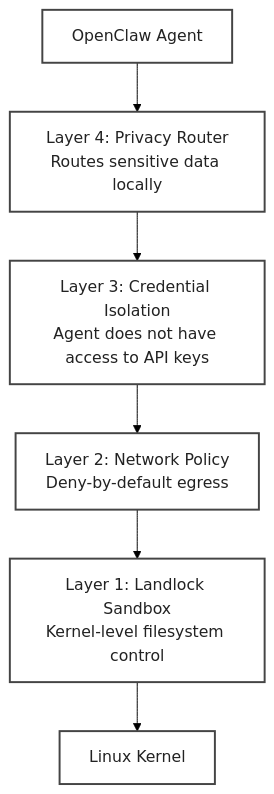
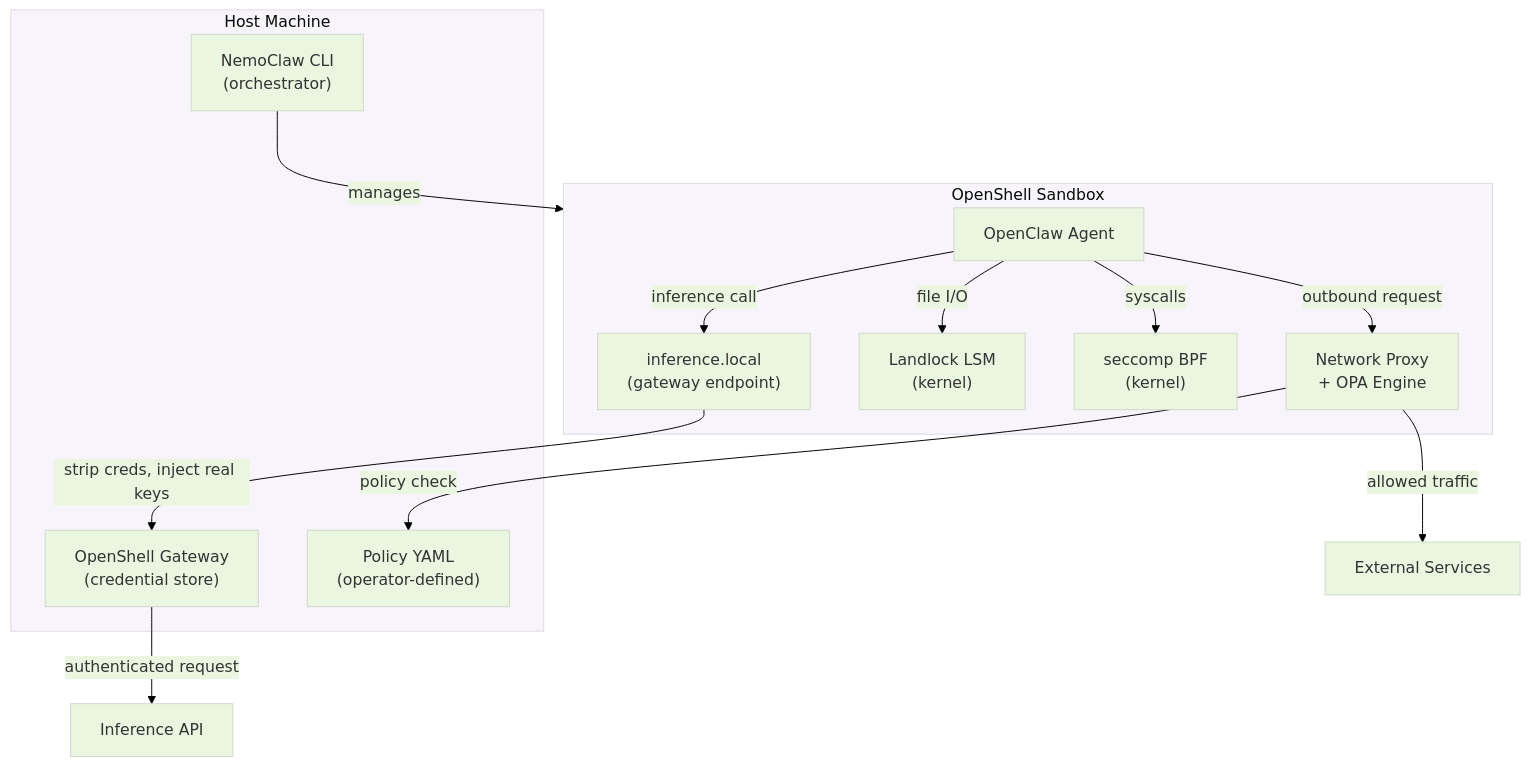
One commit to brevdev/workshop-build-an-agent changed the first of 2 diagrams in .devx/6-agent-safety/why_nemoclaw.md. Above: the diagram before and after it, drawn with Mermaid. The commit also changed other lines of this file and 6 other files, not shown here.

````diff
--- a/.devx/6-agent-safety/why_nemoclaw.md
+++ b/.devx/6-agent-safety/why_nemoclaw.md
@@ -43,18 +163,38 @@
 ```mermaid
 ---
 config:
   theme: 'base'
   themeVariables:
     primaryColor: '#eaf6e0'
     secondaryColor: '#eaf6e0'
     background: white
 ---
 graph TB
-    Agent["OpenClaw Agent"] --> L4["Layer 4: Privacy Router\nRoutes sensitive data locally"]
-    L4 --> L3["Layer 3: Credential Isolation\nAgent does not have access to API keys"]
-    L3 --> L2["Layer 2: Network Policy\nDeny-by-default egress"]
-    L2 --> L1["Layer 1: Landlock Sandbox\nKernel-level filesystem control"]
-    L1 --> Kernel["Linux Kernel"]
+    subgraph Host["Host Machine"]
+        NC["NemoClaw CLI\n(orchestrator)"]
+        GW["OpenShell Gateway\n(credential store)"]
+        Policy["Policy YAML\n(operator-defined)"]
+    end
 
-    classDef node fill:#fff,stroke:#444,stroke-width:2px,color:#222;
+    subgraph Sandbox["OpenShell Sandbox"]
+        Agent["OpenClaw Agent"]
+        Proxy["Network Proxy\n+ OPA Engine"]
+        LL["Landlock LSM\n(kernel)"]
+        SC["seccomp BPF\n(kernel)"]
+        IL["inference.local\n(gateway endpoint)"]
+    end
+
+    Agent -->|"outbound request"| Proxy
+    Proxy -->|"policy check"| Policy
+    Proxy -->|"allowed traffic"| Internet["External Services"]
+    Agent -->|"file I/O"| LL
+    Agent -->|"syscalls"| SC
+    Agent -->|"inference call"| IL
+    IL -->|"strip creds, inject real keys"| GW
+    GW -->|"authenticated request"| API["Inference API"]
+    NC -->|"manages"| Sandbox
+
+    classDef host fill:#f9f9f9,stroke:#444,stroke-width:2px,color:#222;
+    classDef sandbox fill:#eaf6e0,stroke:#444,stroke-width:2px,color:#222;
+    classDef external fill:#fff,stroke:#444,stroke-width:2px,color:#222;
 ```
````
